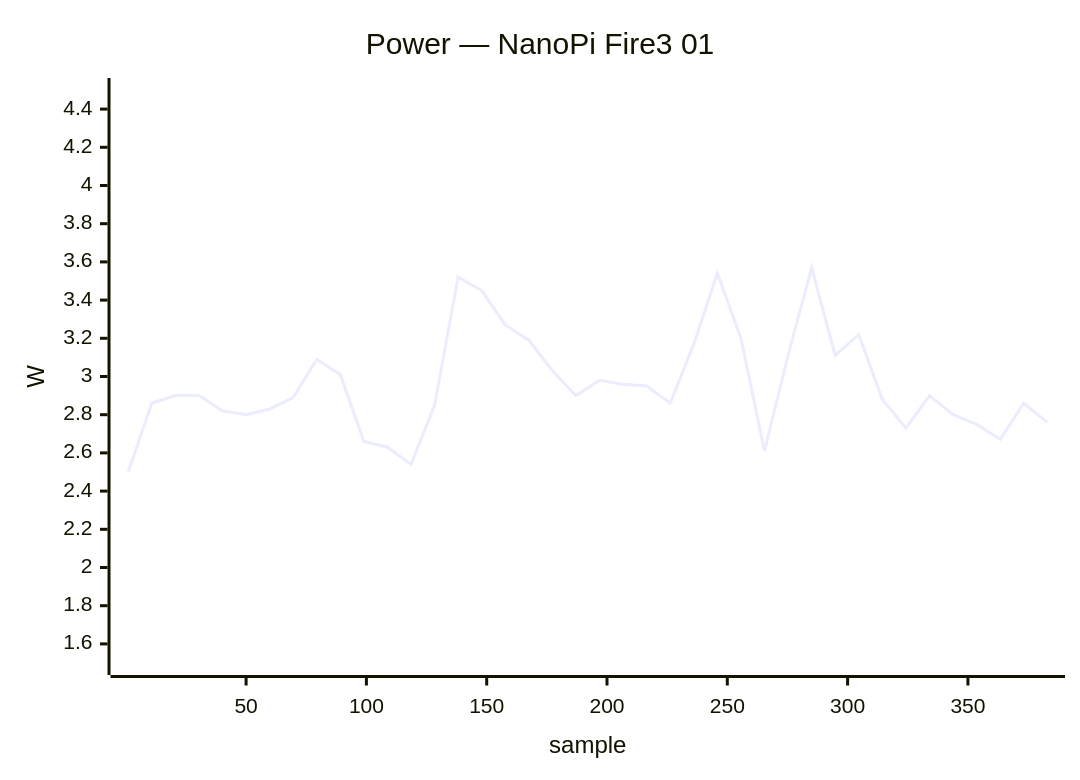
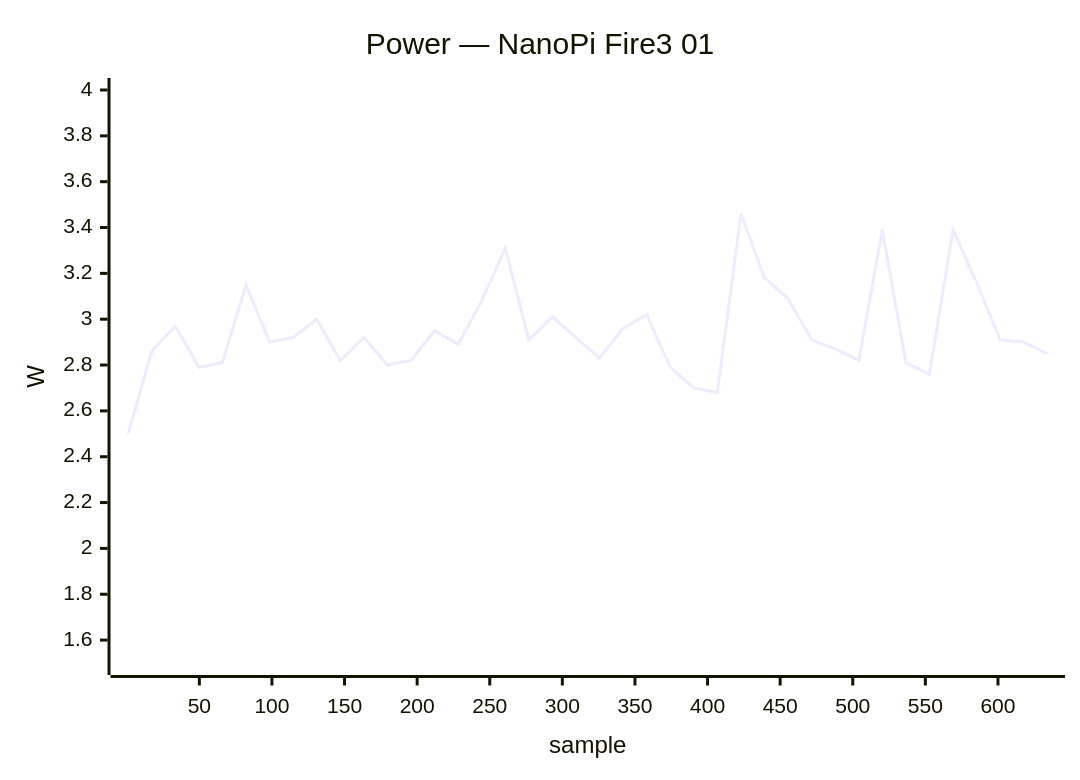
Diagram 17 of 41 in docs/status/board-tests.md (armbian/documentation), drawn with Mermaid before and after one commit. The commit also changed other lines of this file, not shown here.

````diff
--- a/docs/status/board-tests.md
+++ b/docs/status/board-tests.md
@@ -844,7 +772,7 @@
 ```mermaid
 xychart-beta
     title "Power — NanoPi Fire3 01"
-    x-axis "sample" 1 --> 383
-    y-axis "W" 1.5 --> 4.5
-    line [2.50, 2.86, 2.90, 2.90, 2.82, 2.80, 2.83, 2.89, 3.09, 3.01, 2.66, 2.63, 2.54, 2.85, 3.52, 3.45, 3.27, 3.19, 3.03, 2.90, 2.98, 2.96, 2.95, 2.86, 3.17, 3.54, 3.20, 2.61, 3.11, 3.57, 3.11, 3.22, 2.88, 2.73, 2.90, 2.80, 2.75, 2.67, 2.86, 2.76]
+    x-axis "sample" 1 --> 634
+    y-axis "W" 1.5 --> 4.0
+    line [2.50, 2.86, 2.97, 2.79, 2.81, 3.15, 2.90, 2.92, 3.00, 2.82, 2.92, 2.80, 2.82, 2.95, 2.89, 3.08, 3.31, 2.91, 3.01, 2.92, 2.83, 2.96, 3.02, 2.79, 2.70, 2.68, 3.46, 3.18, 3.09, 2.91, 2.87, 2.82, 3.39, 2.81, 2.76, 3.39, 3.16, 2.91, 2.90, 2.85]
 ```
````
